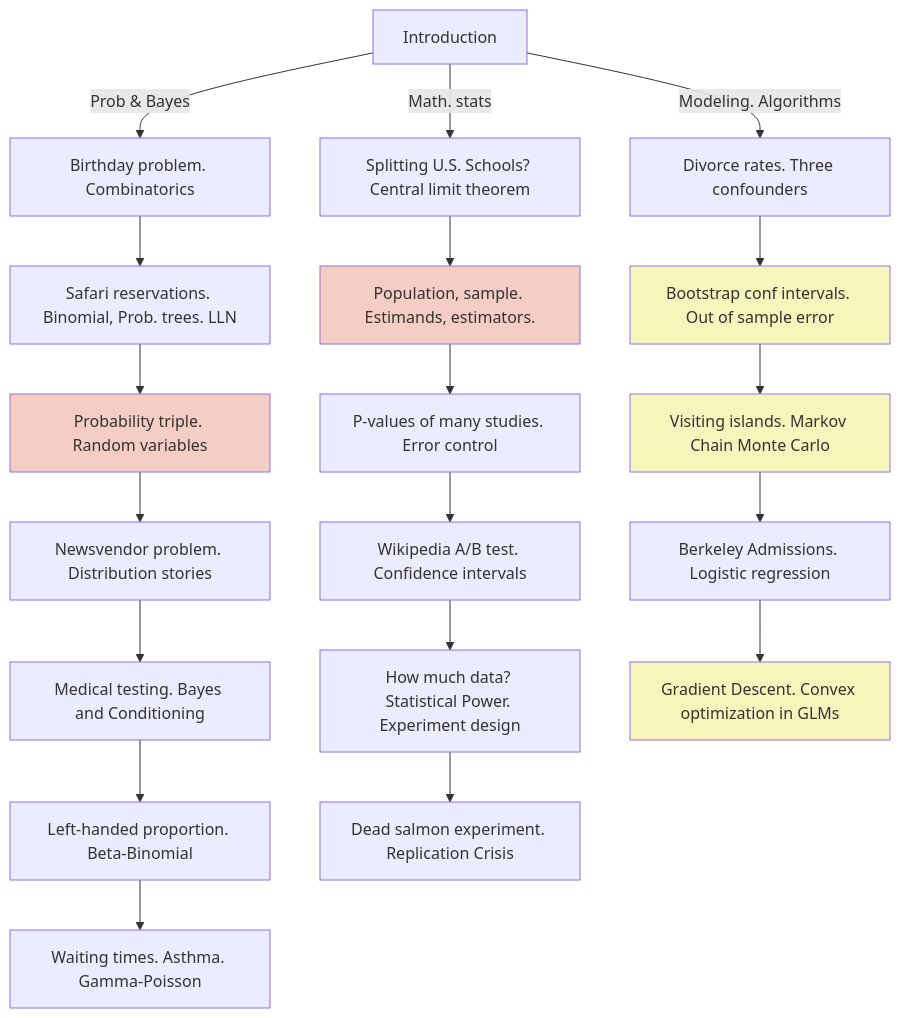
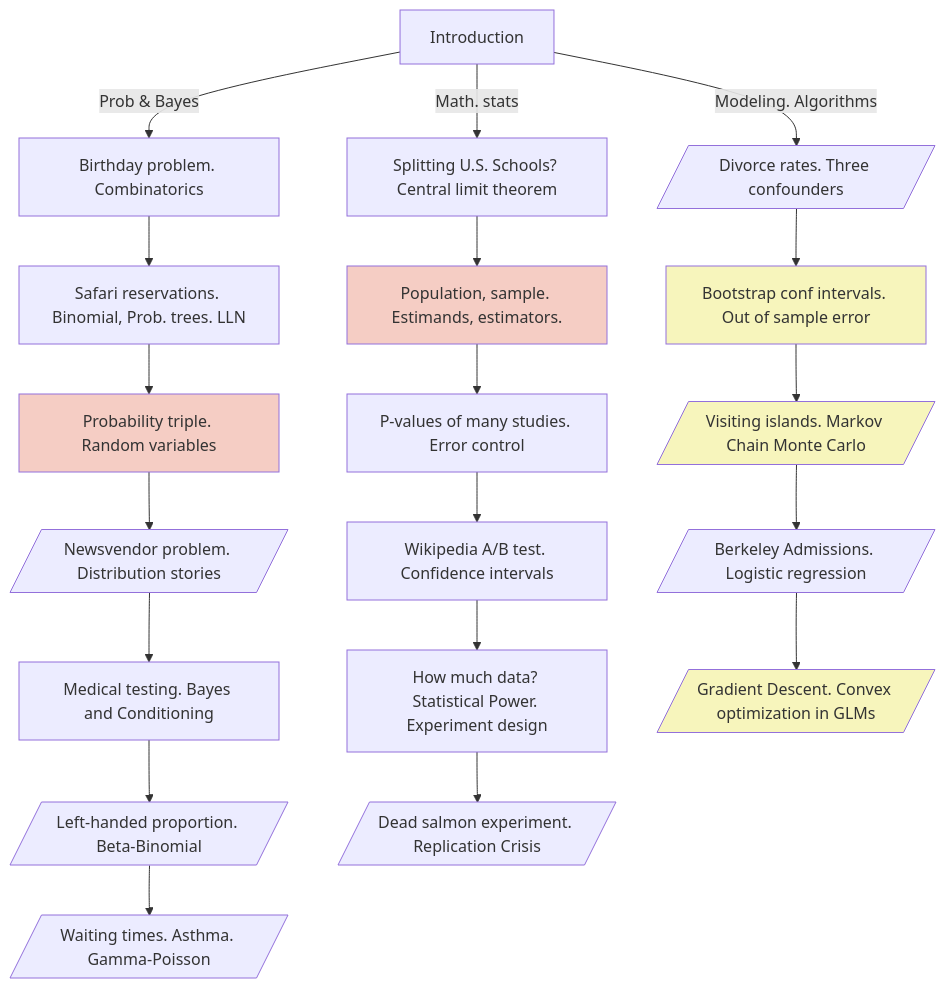
One commit to Bizovi/decision-making-website changed the diagram in course_book/01_fundamentals/prob_study_guide.qmd. Above: the diagram before and after it, drawn with Mermaid. The commit also changed other lines of this file, not shown here.

````diff
--- a/course_book/01_fundamentals/prob_study_guide.qmd
+++ b/course_book/01_fundamentals/prob_study_guide.qmd
@@ -59,21 +60,21 @@
 ```{mermaid}
 %%| label: fig-mermaid
 %%| fig-width: 9
 %%| fig-cap: |
-%%|    Lectures in pink are purely theoretical. Lectures in yellow present the most important algorithms for estimating our workhorse models. The vast majority involve coding and data analysis
+%%|    Lectures in pink are purely theoretical. Lectures in yellow present the most important algorithms for estimating our workhorse models. The vast majority involve coding and data analysis. The rhomboid indicates that the case-study belongs to another module.
 
 flowchart TD
 
-    U[Introduction] -- Prob & Bayes --> Comb[Birthday problem. Combinatorics] --> PTr[Safari reservations. Binomial, Prob. trees. LLN] --> RVAR[Probability triple. Random variables]  --> NEWS[Newsvendor problem. Distribution stories] --> B[Medical testing. Bayes and Conditioning] --> BB[Left-handed proportion. Beta-Binomial] --> GP[Waiting times. Asthma. Gamma-Poisson ]
+    U[Introduction] -- Prob & Bayes --> Comb[Birthday problem. Combinatorics] --> PTr[Safari reservations. Binomial, Prob. trees. LLN] --> RVAR[Probability triple. Random variables]  --> NEWS[/Newsvendor problem. Distribution stories/] --> B[Medical testing. Bayes and Conditioning] --> BB[/Left-handed proportion. Beta-Binomial/] --> GP[/Waiting times. Asthma. Gamma-Poisson /]
 
-    U -- Math. stats --> E[Splitting U.S. Schools? Central limit theorem] --> SM[Population, sample. Estimands, estimators. ] --> PV[ P-values of many studies. Error control]  --> CI[Wikipedia A/B test. Confidence intervals] --> PC[How much data? Statistical Power. Experiment design]  --> RC[Dead salmon experiment. Replication Crisis] 
+    U -- Math. stats --> E[Splitting U.S. Schools? Central limit theorem] --> SM[Population, sample. Estimands, estimators. ] --> PV[ P-values of many studies. Error control]  --> CI[Wikipedia A/B test. Confidence intervals] --> PC[How much data? Statistical Power. Experiment design]  --> RC[/Dead salmon experiment. Replication Crisis/] 
 
-    U -- Modeling. Algorithms --> EC[Divorce rates. Three confounders] --> BV[Bootstrap conf intervals. Out of sample error] --> MCMC[Visiting islands. Markov Chain Monte Carlo] --> UCLA[Berkeley Admissions. Logistic regression] --> OPT[Gradient Descent. Convex optimization in GLMs] 
+    U -- Modeling. Algorithms --> EC[/Divorce rates. Three confounders/] --> BV[Bootstrap conf intervals. Out of sample error] --> MCMC[/Visiting islands. Markov Chain Monte Carlo/] --> UCLA[/Berkeley Admissions. Logistic regression/] --> OPT[/Gradient Descent. Convex optimization in GLMs/] 
 
     style MCMC fill:#f7f5bc
     style OPT fill:#f7f5bc
     style BV fill:#f7f5bc
 
     style RVAR fill:#f5cdc4 
     style SM fill:#f5cdc4 
 ```
````
